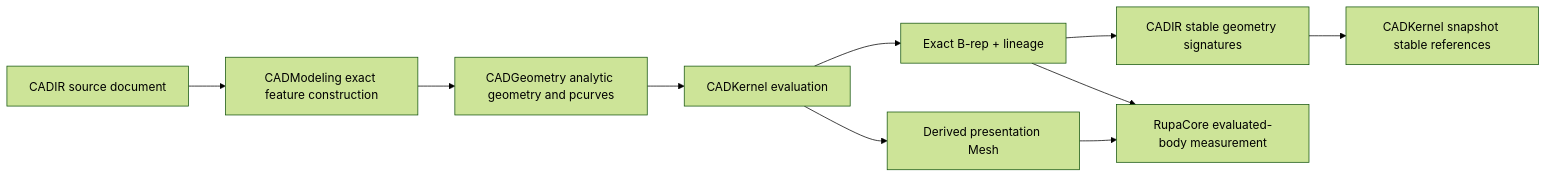
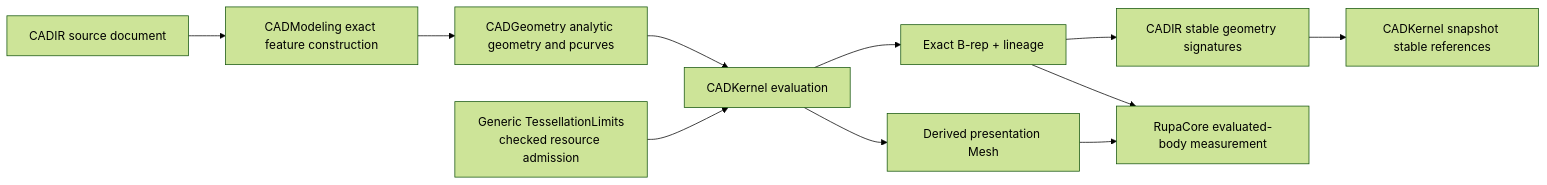
The first of 2 diagrams in DESIGN.md (1amageek/swift-CAD), drawn with Mermaid (forest theme) before and after one commit. The commit also changed other lines of this file and 2 other files, not shown here.

Commit message:
Define bounded tessellation contracts

````diff
--- a/DESIGN.md
+++ b/DESIGN.md
@@ -41,12 +48,13 @@
 ```mermaid
 flowchart LR
     Source["CADIR source document"] --> Modeling["CADModeling exact feature construction"]
     Modeling --> Geometry["CADGeometry analytic geometry and pcurves"]
     Geometry --> Kernel["CADKernel evaluation"]
     Kernel --> BRep["Exact B-rep + lineage"]
     Kernel --> Mesh["Derived presentation Mesh"]
+    Limits["Generic TessellationLimits\nchecked resource admission"] --> Kernel
     BRep --> Signatures["CADIR stable geometry signatures"]
     Signatures --> StableRead["CADKernel snapshot stable references"]
     BRep --> RupaCore["RupaCore evaluated-body measurement"]
     Mesh --> RupaCore
 ```
````
